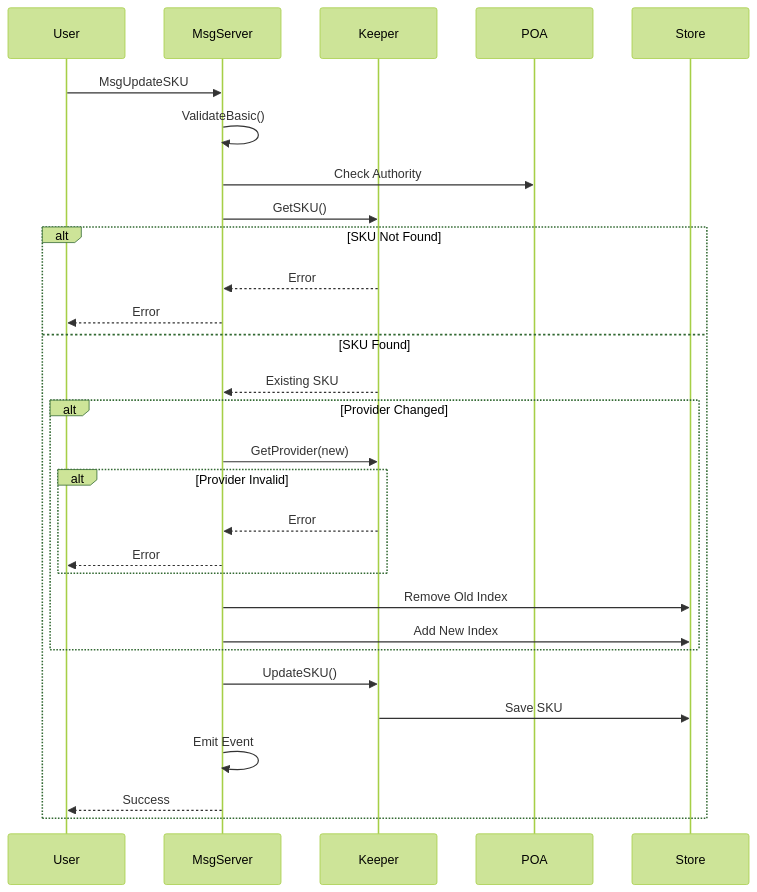
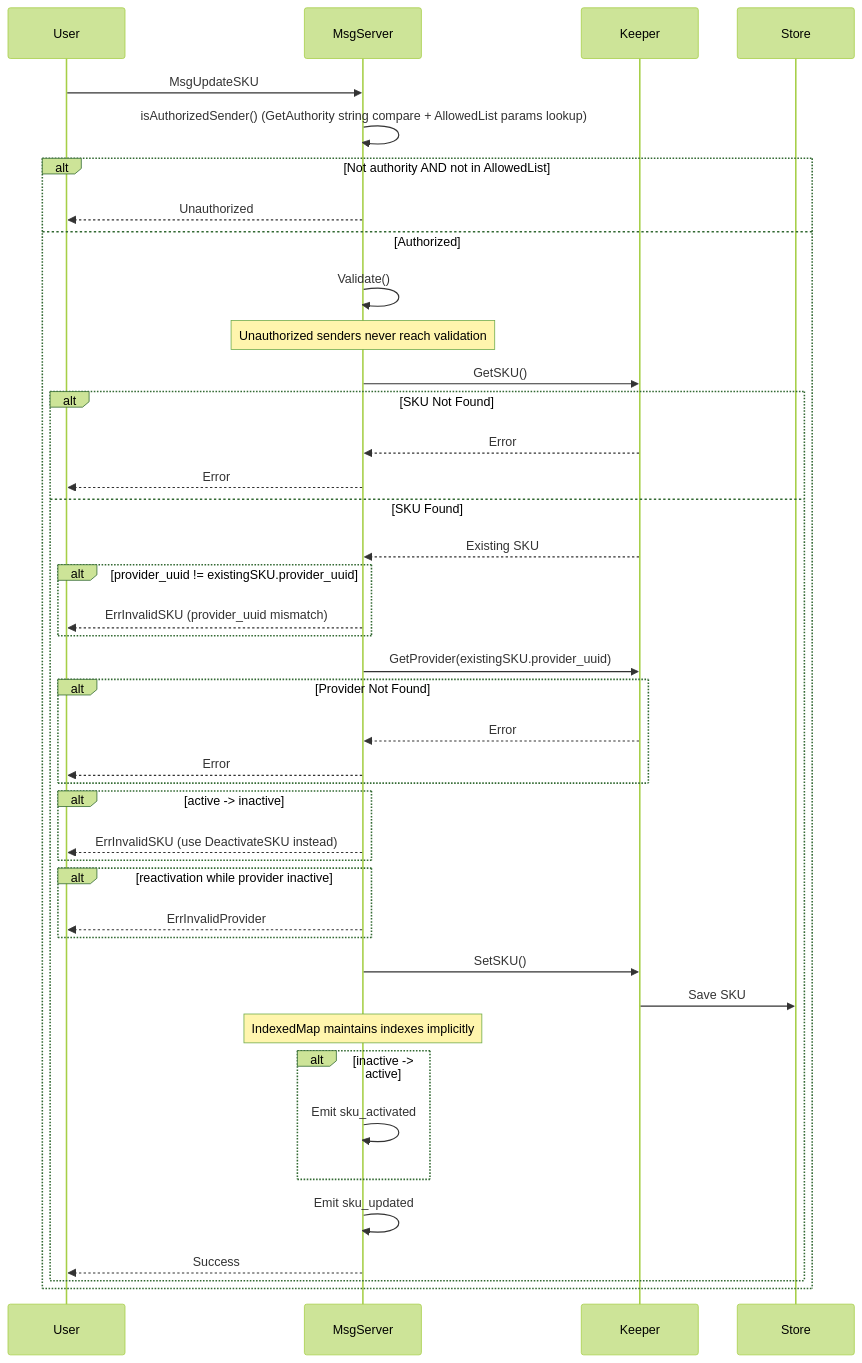
Before and after one commit to manifest-network/manifest-ledger: the sixth of 6 diagrams in x/sku/docs/ARCHITECTURE.md, drawn with Mermaid (forest theme). The commit also changed other lines of this file and 16 other files, not shown here.

````diff
--- a/x/sku/docs/ARCHITECTURE.md
+++ b/x/sku/docs/ARCHITECTURE.md
@@ -235,32 +228,45 @@
 ```mermaid
 sequenceDiagram
     participant User
     participant MsgServer
     participant Keeper
-    participant POA
     participant Store
-    
+
     User->>MsgServer: MsgUpdateSKU
-    MsgServer->>MsgServer: ValidateBasic()
-    MsgServer->>POA: Check Authority
-    MsgServer->>Keeper: GetSKU()
-    alt SKU Not Found
-        Keeper-->>MsgServer: Error
-        MsgServer-->>User: Error
-    else SKU Found
-        Keeper-->>MsgServer: Existing SKU
-        alt Provider Changed
-            MsgServer->>Keeper: GetProvider(new)
-            alt Provider Invalid
+    MsgServer->>MsgServer: isAuthorizedSender() (GetAuthority string compare + AllowedList params lookup)
+    alt Not authority AND not in AllowedList
+        MsgServer-->>User: Unauthorized
+    else Authorized
+        MsgServer->>MsgServer: Validate()
+        Note over MsgServer: Unauthorized senders never reach validation
+        MsgServer->>Keeper: GetSKU()
+        alt SKU Not Found
+            Keeper-->>MsgServer: Error
+            MsgServer-->>User: Error
+        else SKU Found
+            Keeper-->>MsgServer: Existing SKU
+            alt provider_uuid != existingSKU.provider_uuid
+                MsgServer-->>User: ErrInvalidSKU (provider_uuid mismatch)
+            end
+            MsgServer->>Keeper: GetProvider(existingSKU.provider_uuid)
+            alt Provider Not Found
                 Keeper-->>MsgServer: Error
                 MsgServer-->>User: Error
             end
-            MsgServer->>Store: Remove Old Index
-            MsgServer->>Store: Add New Index
+            alt active -> inactive
+                MsgServer-->>User: ErrInvalidSKU (use DeactivateSKU instead)
+            end
+            alt reactivation while provider inactive
+                MsgServer-->>User: ErrInvalidProvider
+            end
+            MsgServer->>Keeper: SetSKU()
+            Keeper->>Store: Save SKU
+            Note over MsgServer: IndexedMap maintains indexes implicitly
+            alt inactive -> active
+                MsgServer->>MsgServer: Emit sku_activated
+            end
+            MsgServer->>MsgServer: Emit sku_updated
+            MsgServer-->>User: Success
         end
-        MsgServer->>Keeper: UpdateSKU()
-        Keeper->>Store: Save SKU
-        MsgServer->>MsgServer: Emit Event
-        MsgServer-->>User: Success
     end
 ```
````
